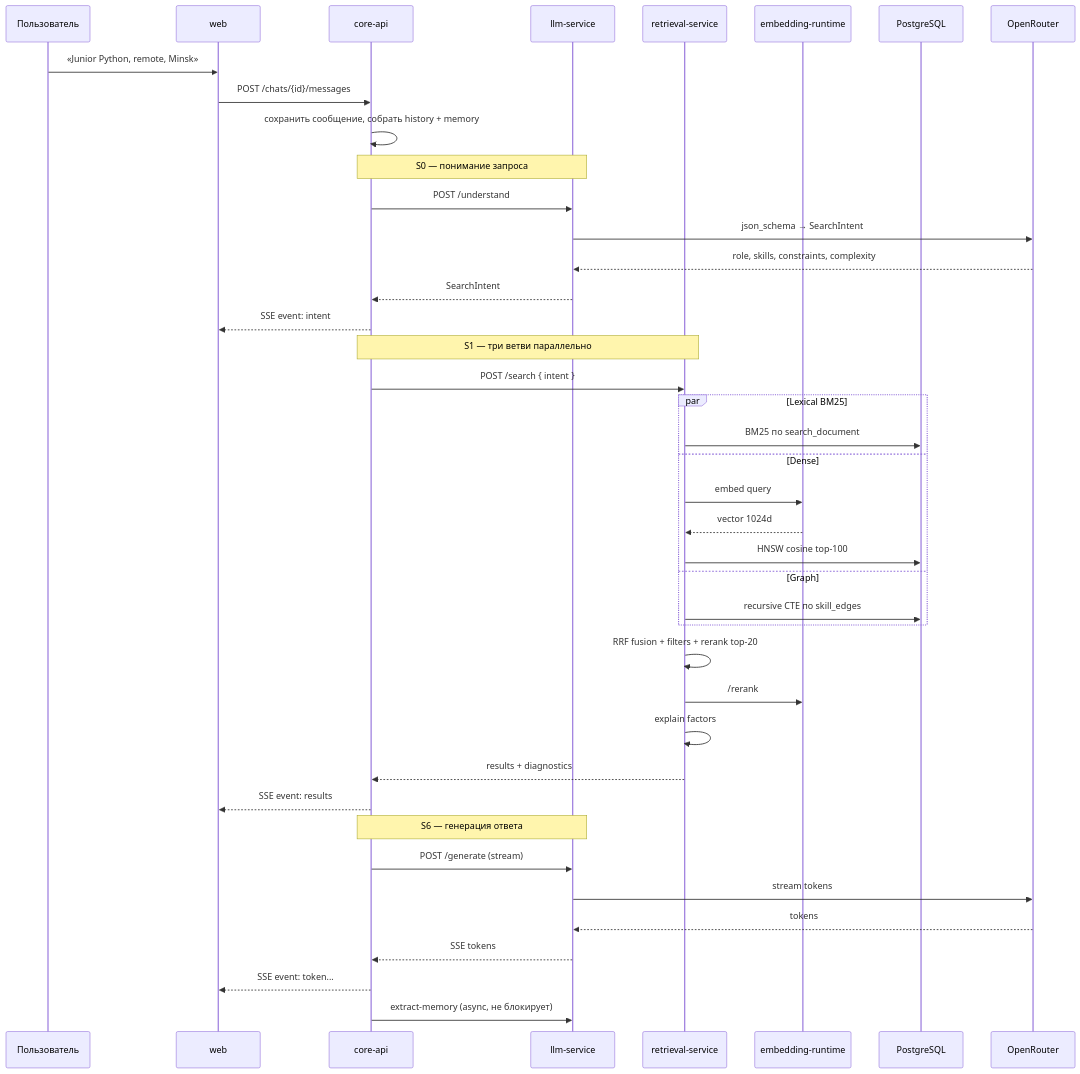
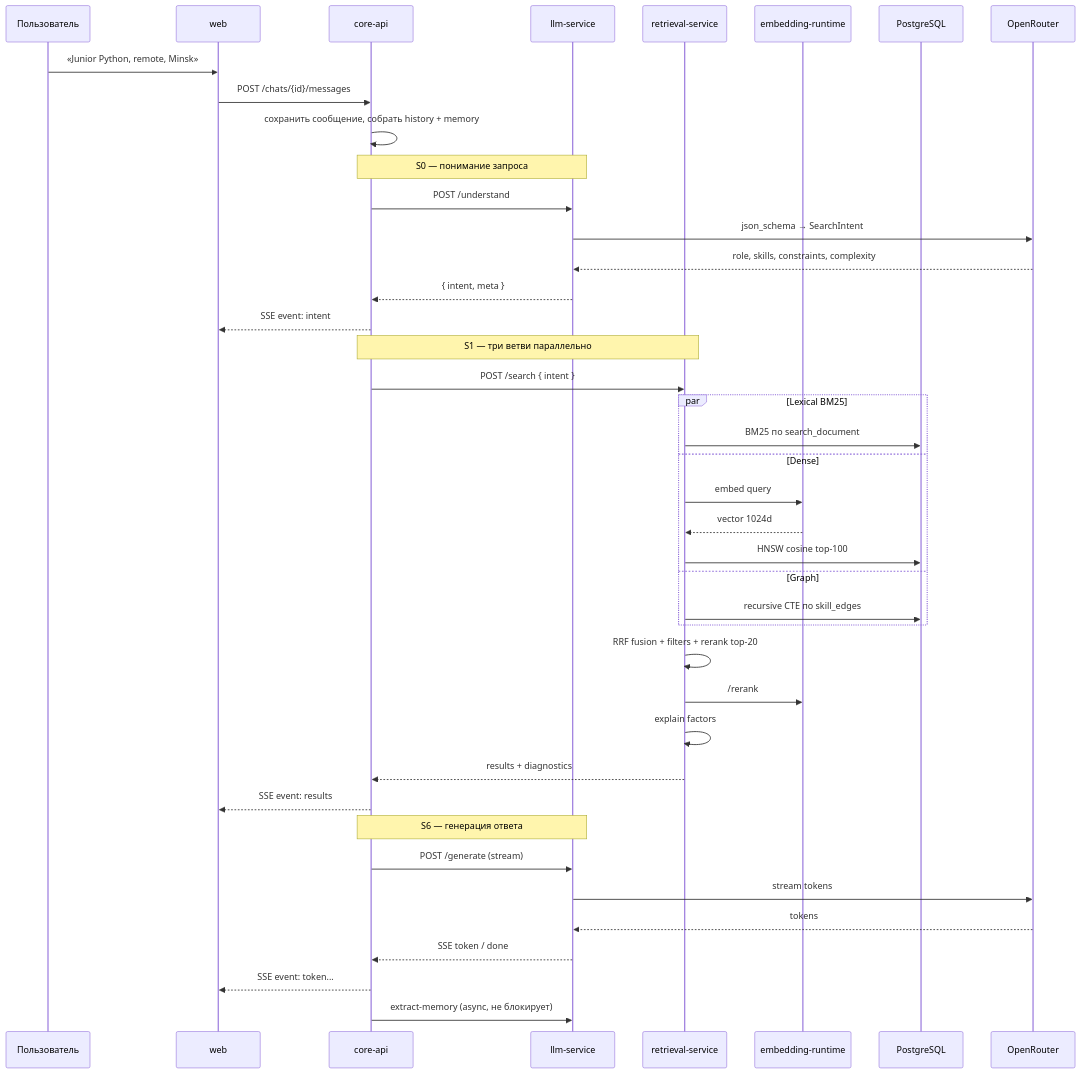
The second of 8 diagrams in Wiki/llm-lexical-graph-summary.md (Daniello0/hira), drawn with Mermaid before and after one commit. The commit also changed 8 other files, not shown here.

````diff
--- a/Wiki/llm-lexical-graph-summary.md
+++ b/Wiki/llm-lexical-graph-summary.md
@@ -79,47 +79,47 @@
 ```mermaid
 sequenceDiagram
     participant U as Пользователь
     participant W as web
     participant C as core-api
     participant L as llm-service
     participant R as retrieval-service
     participant T as embedding-runtime
     participant P as PostgreSQL
     participant O as OpenRouter
 
     U->>W: «Junior Python, remote, Minsk»
     W->>C: POST /chats/{id}/messages
     C->>C: сохранить сообщение, собрать history + memory
 
     Note over C,L: S0 — понимание запроса
     C->>L: POST /understand
     L->>O: json_schema → SearchIntent
     O-->>L: role, skills, constraints, complexity
-    L-->>C: SearchIntent
+    L-->>C: { intent, meta }
     C-->>W: SSE event: intent
 
     Note over C,R: S1 — три ветви параллельно
     C->>R: POST /search { intent }
     par Lexical BM25
         R->>P: BM25 по search_document
     and Dense
         R->>T: embed query
         T-->>R: vector 1024d
         R->>P: HNSW cosine top-100
     and Graph
         R->>P: recursive CTE по skill_edges
     end
     R->>R: RRF fusion + filters + rerank top-20
     R->>T: /rerank
     R->>R: explain factors
     R-->>C: results + diagnostics
     C-->>W: SSE event: results
 
     Note over C,L: S6 — генерация ответа
     C->>L: POST /generate (stream)
     L->>O: stream tokens
     O-->>L: tokens
-    L-->>C: SSE tokens
+    L-->>C: SSE token / done
     C-->>W: SSE event: token...
     C->>L: extract-memory (async, не блокирует)
 ```
````
